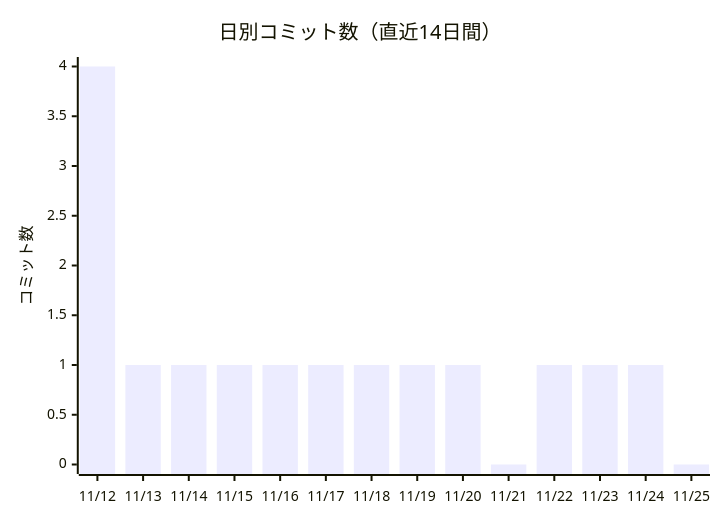
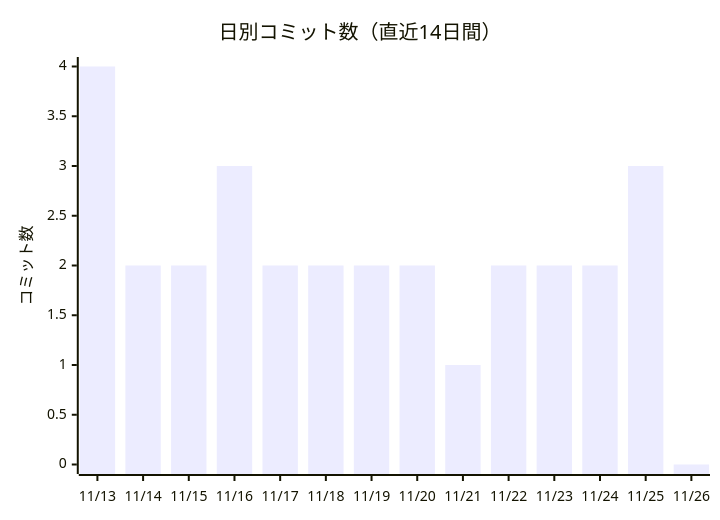
The first of 2 diagrams in docs/進化レポート.md (non-x2/non-x2), drawn with Mermaid before and after one commit. The commit also changed other lines of this file and 1 other file, not shown here.

````diff
--- a/docs/進化レポート.md
+++ b/docs/進化レポート.md
@@ -25,7 +25,7 @@
 ```mermaid
 xychart-beta
     title "日別コミット数（直近14日間）"
-    x-axis ["11/12", "11/13", "11/14", "11/15", "11/16", "11/17", "11/18", "11/19", "11/20", "11/21", "11/22", "11/23", "11/24", "11/25"]
+    x-axis ["11/13", "11/14", "11/15", "11/16", "11/17", "11/18", "11/19", "11/20", "11/21", "11/22", "11/23", "11/24", "11/25", "11/26"]
     y-axis "コミット数"
-    bar [4, 1, 1, 1, 1, 1, 1, 1, 1, 0, 1, 1, 1, 0]
+    bar [4, 2, 2, 3, 2, 2, 2, 2, 1, 2, 2, 2, 3, 0]
 ```
````
